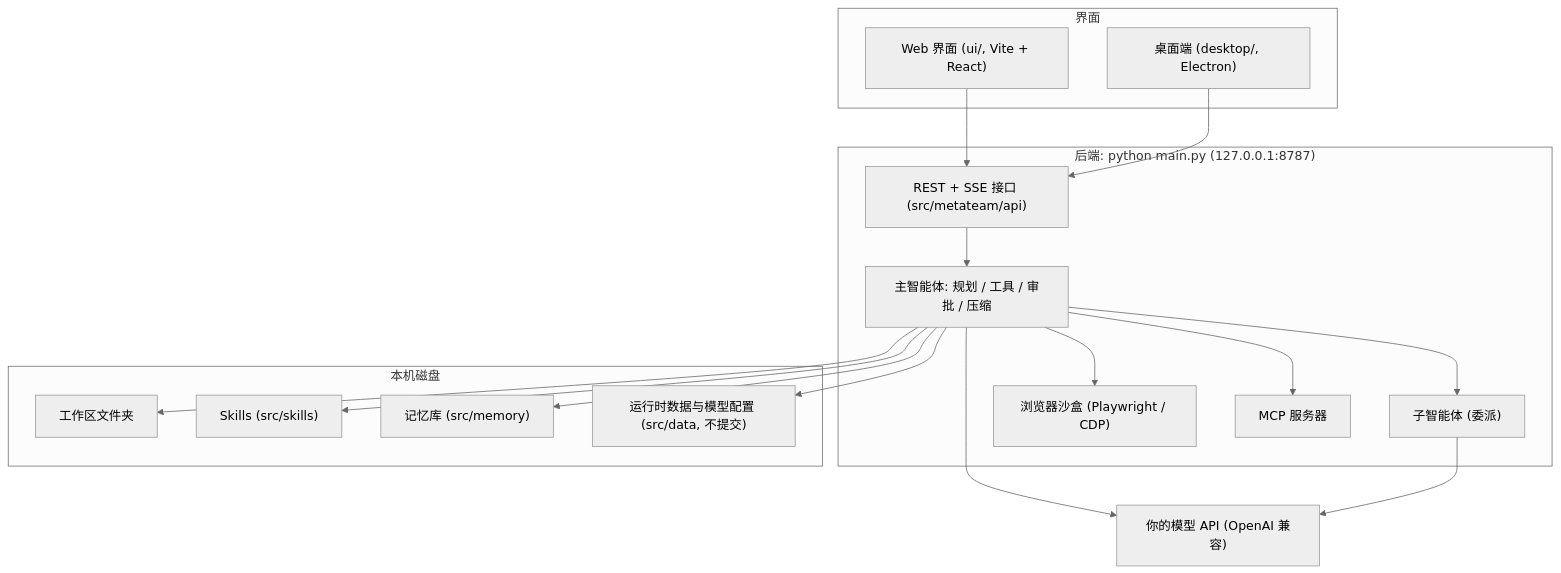
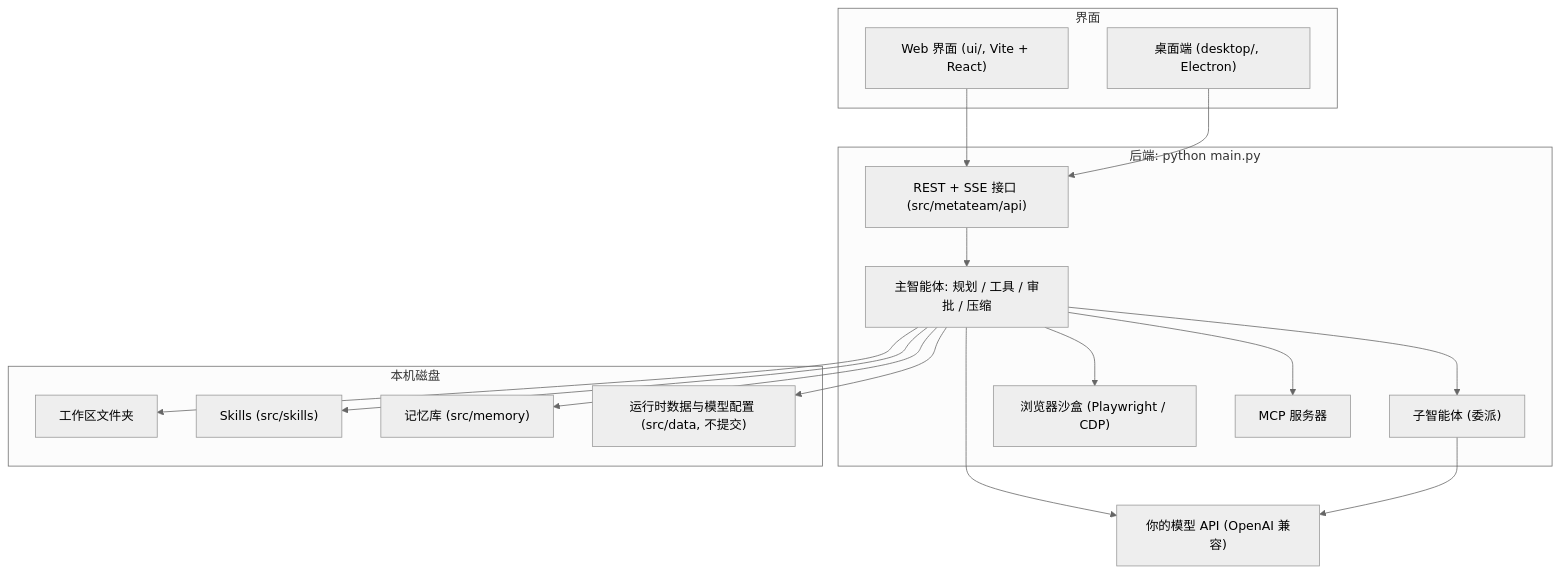
One commit to GQQI/EdgeSidekick changed the diagram in README_CN.md. Above: the diagram before and after it, drawn with Mermaid (neutral theme). The commit also changed other lines of this file and 1 other file, not shown here.

````diff
--- a/README_CN.md
+++ b/README_CN.md
@@ -144,33 +144,33 @@
 ```mermaid
 flowchart TB
   subgraph Client["界面"]
     UI["Web 界面 (ui/, Vite + React)"]
     DESK["桌面端 (desktop/, Electron)"]
   end
-  subgraph Server["后端: python main.py (127.0.0.1:8787)"]
+  subgraph Server["后端: python main.py"]
     API["REST + SSE 接口 (src/metateam/api)"]
     AGENT["主智能体: 规划 / 工具 / 审批 / 压缩"]
     SUB["子智能体 (委派)"]
     BROWSER["浏览器沙盒 (Playwright / CDP)"]
     MCP["MCP 服务器"]
   end
   subgraph Disk["本机磁盘"]
     WS["工作区文件夹"]
     SKILLS["Skills (src/skills)"]
     MEM["记忆库 (src/memory)"]
     DATA["运行时数据与模型配置 (src/data, 不提交)"]
   end
   LLM["你的模型 API (OpenAI 兼容)"]
   UI --> API
   DESK --> API
   API --> AGENT
   AGENT --> SUB
   AGENT --> BROWSER
   AGENT --> MCP
   AGENT --> WS
   AGENT --> SKILLS
   AGENT --> MEM
   AGENT --> DATA
   AGENT --> LLM
   SUB --> LLM
 ```
````
